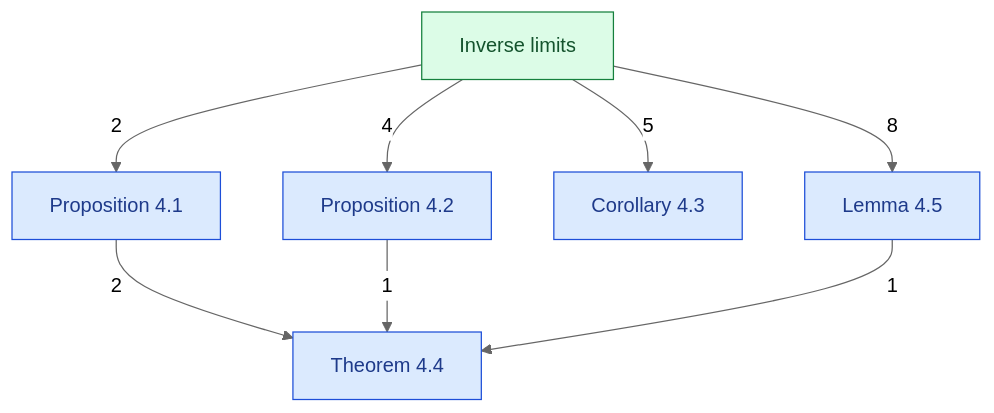
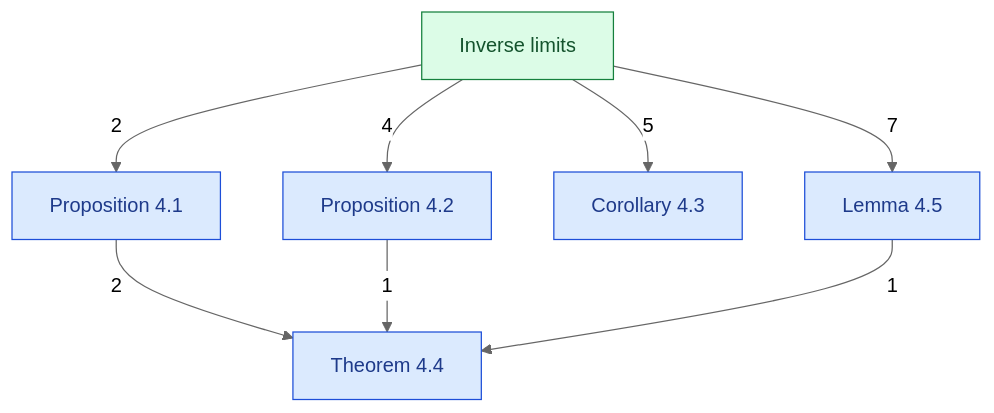
Before and after one commit to catskillsresearch/DomainTheory: the diagram in DomainTheory/1972_Inverse_limits.mermaid, drawn with Mermaid (neutral theme). The commit also changed 32 other files, not shown here.

Commit message:
File projLE and the one-step projection apart, and place the pointwise directed supremum with the limit lattice so the construction diagram has no cycles.

```diff
--- a/DomainTheory/1972_Inverse_limits.mermaid
+++ b/DomainTheory/1972_Inverse_limits.mermaid
@@ -1,21 +1,21 @@
 %% Notes of the inverse-limits section.
 %% Arrowhead on the importer. The number is a direct-import count.
 %% An arrow already implied by a longer path is omitted.
 flowchart TB
   IL["Inverse limits"]
   P41["Proposition 4.1"]
   P42["Proposition 4.2"]
   C43["Corollary 4.3"]
   T44["Theorem 4.4"]
   L45["Lemma 4.5"]
   IL -->|"2"| P41
   IL -->|"4"| P42
   IL -->|"5"| C43
-  IL -->|"8"| L45
+  IL -->|"7"| L45
   P41 -->|"2"| T44
   P42 -->|"1"| T44
   L45 -->|"1"| T44
   classDef concept fill:#dcfce7,stroke:#15803d,color:#14532d
   classDef numbered fill:#dbeafe,stroke:#1d4ed8,color:#1e3a8a
   class IL concept
   class P41,P42,C43,T44,L45 numbered
```
